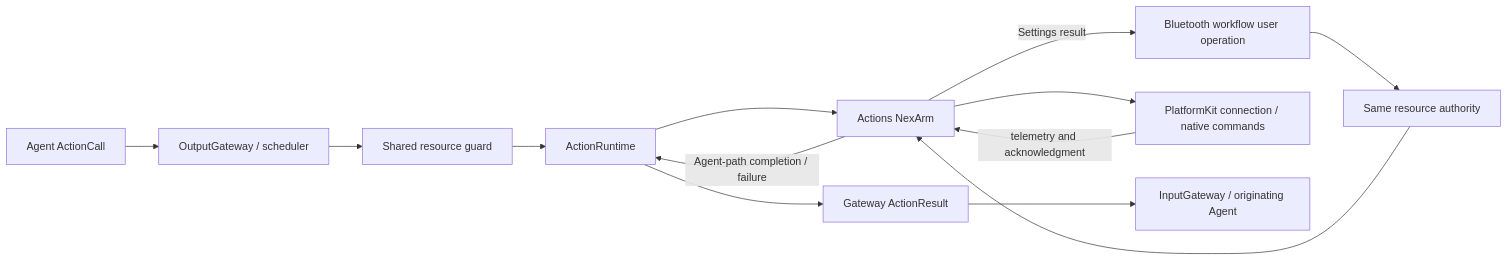
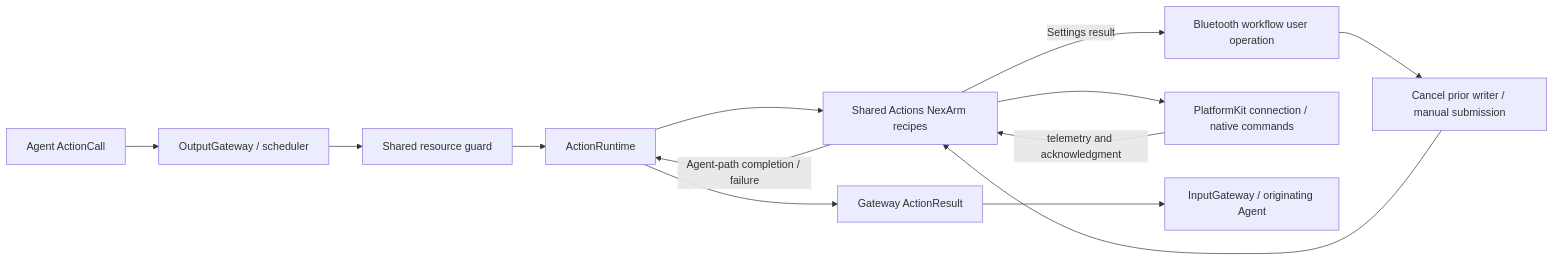
One commit to devilyouwei/MobileHarness changed diagram 12 of 15 in MobileHarness/README.md. Above: the diagram before and after it, drawn with Mermaid. The commit also changed other lines of this file and 70 other files, not shown here.

First line of the commit message:
Fix Bluetooth recovery and manual control; add audio detection

````diff
--- a/MobileHarness/README.md
+++ b/MobileHarness/README.md
@@ -557,15 +557,15 @@
 ```mermaid
 flowchart LR
     Agent[Agent ActionCall] --> Gateway[OutputGateway / scheduler]
     Gateway --> AgentFence[Shared resource guard]
     AgentFence --> Runtime[ActionRuntime]
     Runtime --> Actions
-    Settings[Bluetooth workflow user operation] --> SettingsFence[Same resource authority]
-    SettingsFence --> Actions[Actions NexArm]
+    Settings[Bluetooth workflow user operation] --> Manual[Cancel prior writer / manual submission]
+    Manual --> Actions[Shared Actions NexArm recipes]
     Actions --> Platform[PlatformKit connection / native commands]
     Platform -->|telemetry and acknowledgment| Actions
     Actions -->|Agent-path completion / failure| Runtime
     Actions -->|Settings result| Settings
     Runtime --> Results[Gateway ActionResult]
     Results --> Input[InputGateway / originating Agent]
 ```
````
